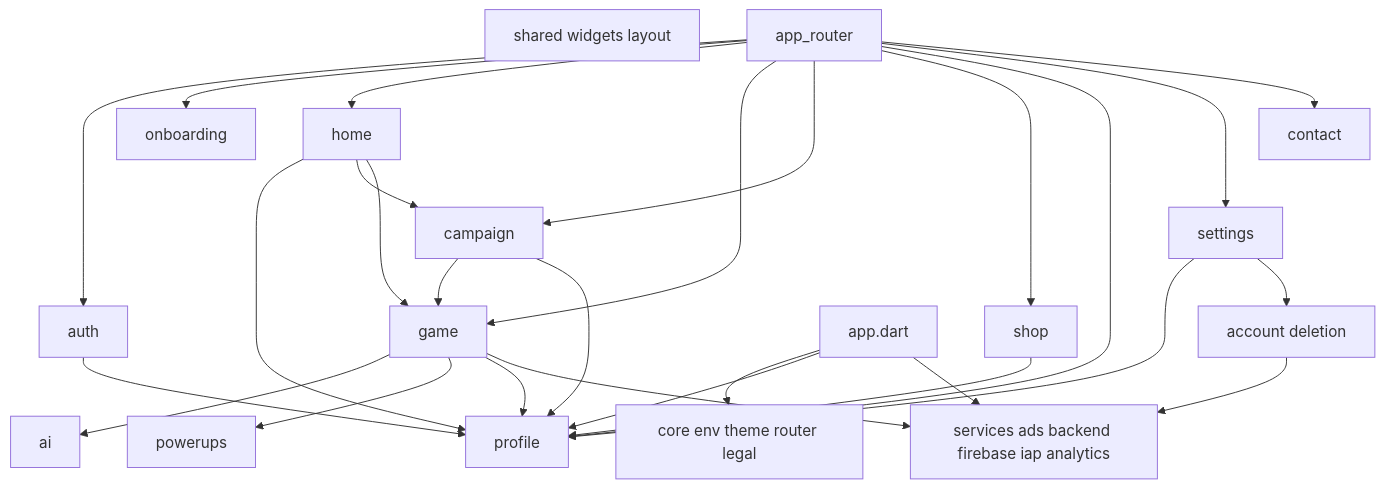
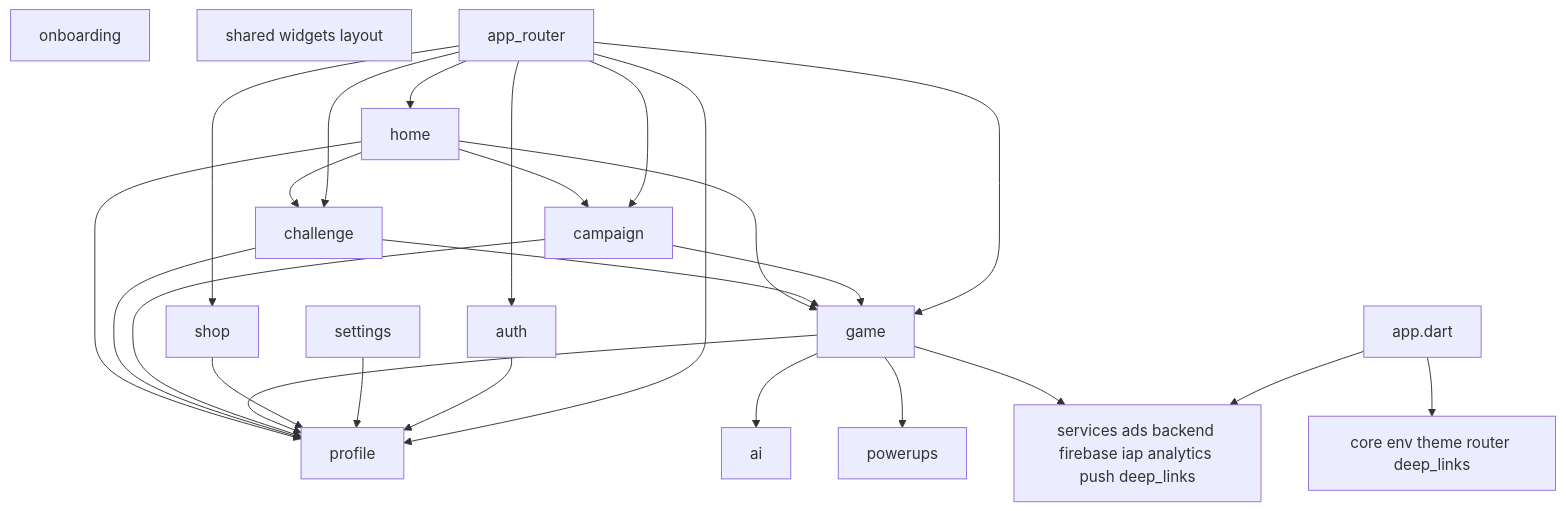
The tenth of 10 diagrams in docs/architecture.md (vividmemories-games/Dot_Clash), drawn with Mermaid before and after one commit. The commit also changed other lines of this file and 13 other files, not shown here.

````diff
--- a/docs/architecture.md
+++ b/docs/architecture.md
@@ -315,43 +442,42 @@
 ```mermaid
 flowchart TB
-  core[core env theme router legal]
+  core[core env theme router deep_links]
   auth[auth]
   onboarding[onboarding]
   home[home]
   game[game]
+  challenge[challenge]
   campaign[campaign]
   profile[profile]
   shop[shop]
   settings[settings]
   ai[ai]
   powerups[powerups]
-  services[services ads backend firebase iap analytics]
+  services[services ads backend firebase iap analytics push deep_links]
   shared[shared widgets layout]
 
   home --> profile
   home --> campaign
   home --> game
+  home --> challenge
+  challenge --> game
+  challenge --> profile
   campaign --> game
   campaign --> profile
   game --> ai
   game --> powerups
   game --> profile
   game --> services
   shop --> profile
   settings --> profile
-  settings --> account[account deletion]
-  account --> services
   auth --> profile
   app[app.dart] --> core
-  app --> profile
   app --> services
   router[app_router] --> auth
-  router --> onboarding
   router --> home
   router --> game
   router --> campaign
+  router --> challenge
   router --> shop
   router --> profile
-  router --> settings
-  router --> contact[contact]
 ```
````
